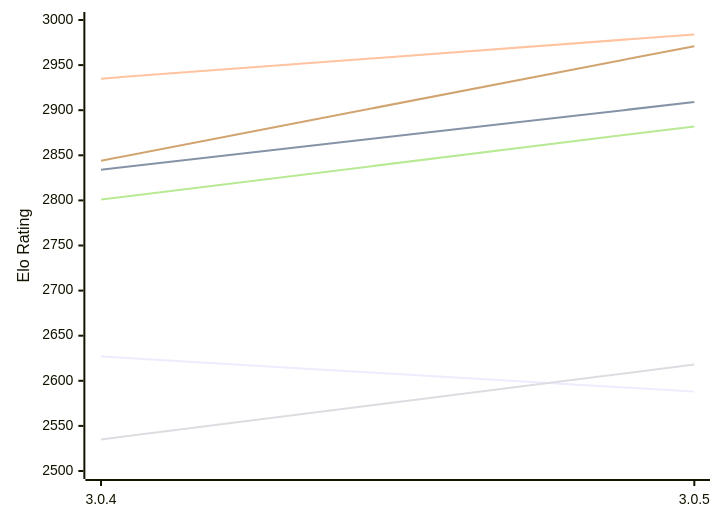
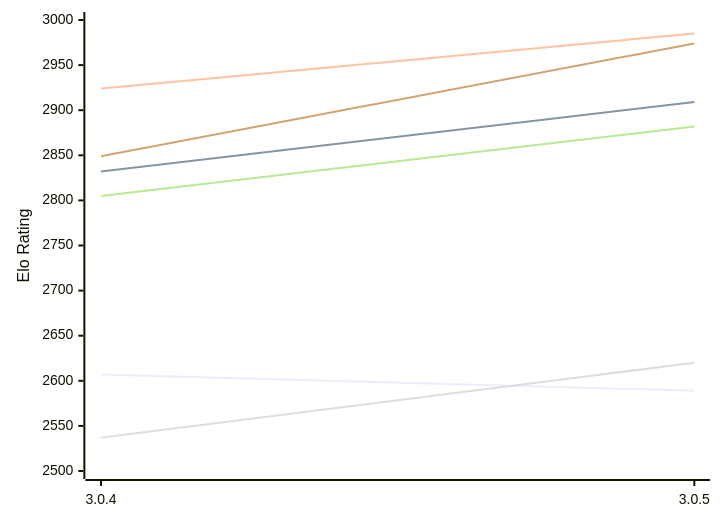
The first of 2 diagrams in engines/Rudim.md (computer-chess-index/cci), drawn with Mermaid before and after one commit. The commit also changed other lines of this file, not shown here.

Commit message:
Update CCI Ratings (ELO VLTC) - 2026-11-24

````diff
--- a/engines/Rudim.md
+++ b/engines/Rudim.md
@@ -59,12 +59,12 @@
 ```mermaid
 %%{init: {"theme":"base","themeVariables":{"seriesColors:['#a3a3a3','#222221','#faa371']}}}%%
 xychart-beta
   x-axis ["3.0.4", "3.0.5"]
   y-axis "Elo Rating" 2500 --> 3000
-  line "E1: STC (8.0+0.08s)" [2627, 2588]
-  line "E1: LTC (60.0+0.60s)" [2834, 2909]
-  line "E1: VLTC (2m24s+1.12s)" [2935, 2984]
-  line "P1: STC (8.0+0.08s)" [2535, 2618]
-  line "P1: LTC (60.0+0.60s)" [2801, 2882]
-  line "P1: VLTC (2m24s+1.12s)" [2844, 2971]
+  line "E1: STC (8.0+0.08s)" [2607, 2589]
+  line "E1: LTC (60.0+0.60s)" [2832, 2909]
+  line "E1: VLTC (2m24s+1.12s)" [2924, 2985]
+  line "P1: STC (8.0+0.08s)" [2537, 2620]
+  line "P1: LTC (60.0+0.60s)" [2805, 2882]
+  line "P1: VLTC (2m24s+1.12s)" [2849, 2974]
 ```
````
